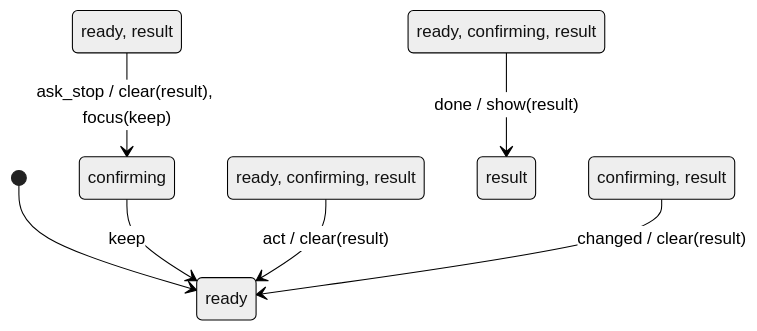
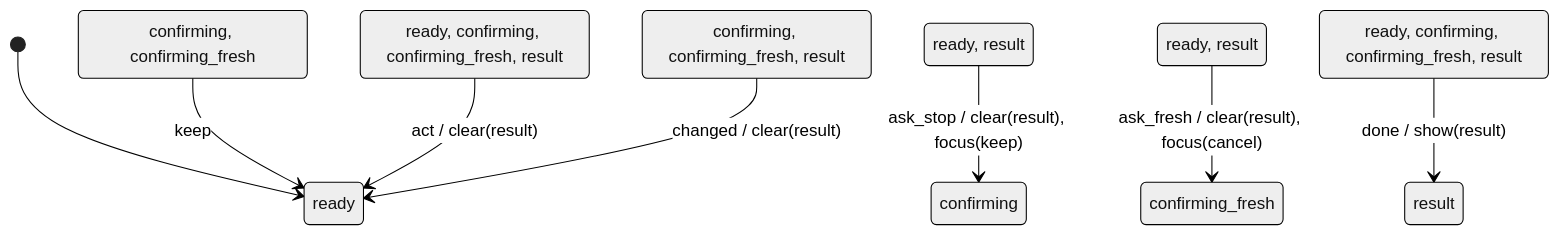
The diagram in docs/machines/session_control_panel.md (ryanpaulmessner/foreman), drawn with Mermaid (neutral theme) before and after one commit. The commit also changed other lines of this file and 21 other files, not shown here.

````diff
--- a/docs/machines/session_control_panel.md
+++ b/docs/machines/session_control_panel.md
@@ -5,13 +5,16 @@
 ```mermaid
 stateDiagram-v2
     [*] --> ready
     fsm_set_0 --> confirming: ask_stop / clear(result), focus(keep)
-    confirming --> ready: keep
-    fsm_set_2 --> ready: act / clear(result)
-    fsm_set_3 --> result: done / show(result)
-    fsm_set_4 --> ready: changed / clear(result)
+    fsm_set_1 --> confirming_fresh: ask_fresh / clear(result), focus(cancel)
+    fsm_set_2 --> ready: keep
+    fsm_set_3 --> ready: act / clear(result)
+    fsm_set_4 --> result: done / show(result)
+    fsm_set_5 --> ready: changed / clear(result)
     state "ready, result" as fsm_set_0
-    state "ready, confirming, result" as fsm_set_2
-    state "ready, confirming, result" as fsm_set_3
-    state "confirming, result" as fsm_set_4
+    state "ready, result" as fsm_set_1
+    state "confirming, confirming_fresh" as fsm_set_2
+    state "ready, confirming, confirming_fresh, result" as fsm_set_3
+    state "ready, confirming, confirming_fresh, result" as fsm_set_4
+    state "confirming, confirming_fresh, result" as fsm_set_5
 ```
````
